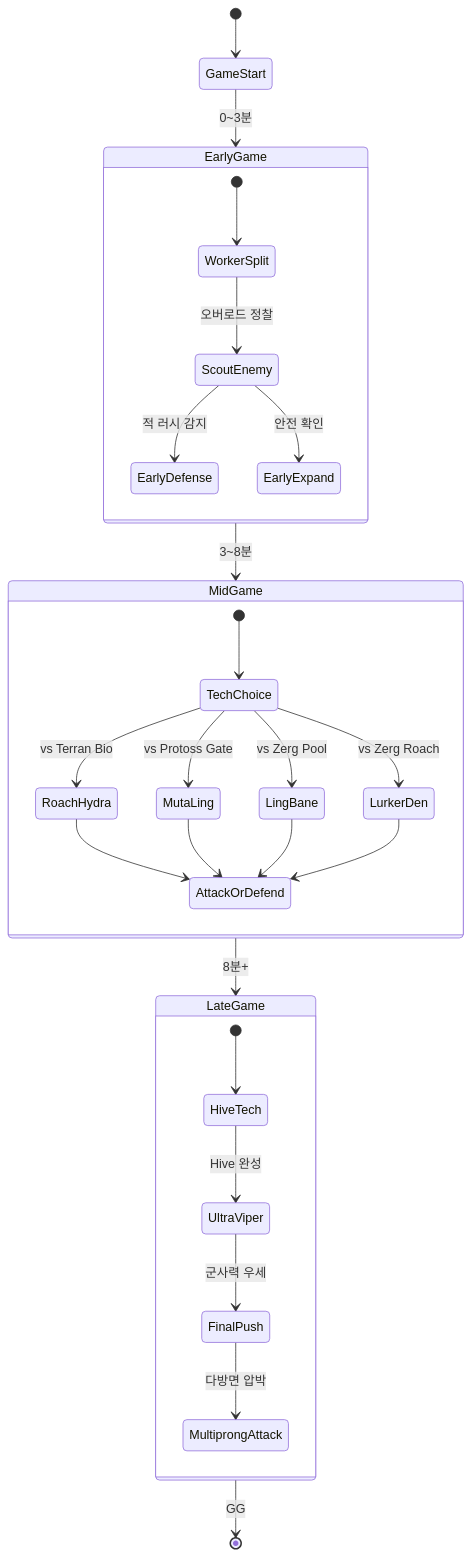
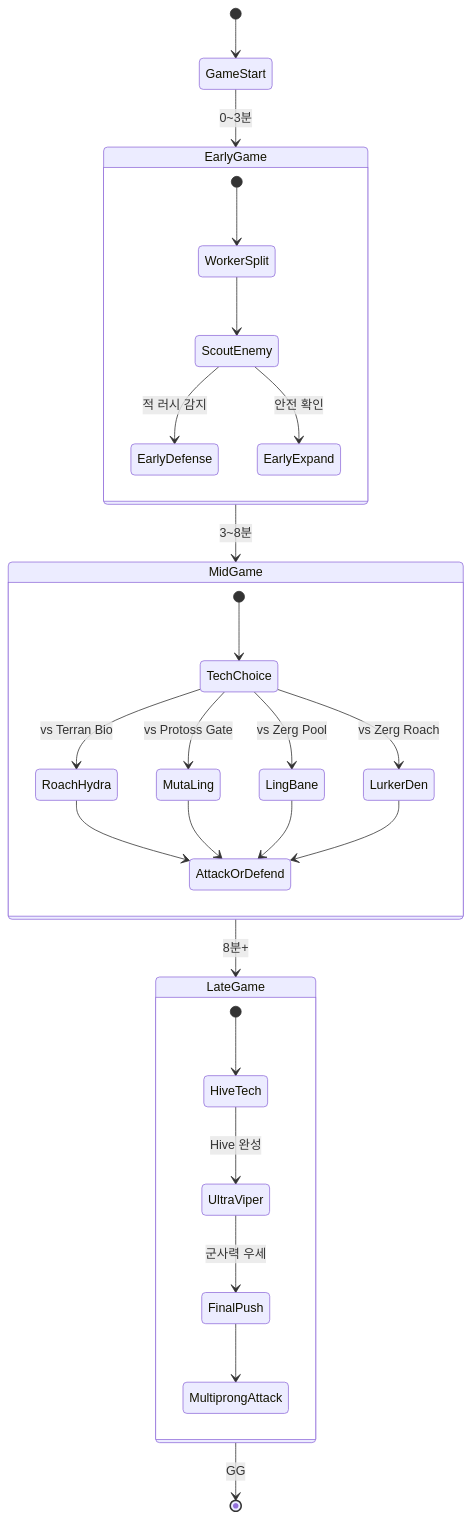
Before and after one commit to sun475300-sudo/Swarm-control-in-sc2bot: the ninth of 26 diagrams in README.md, drawn with Mermaid. The commit also changed other lines of this file, not shown here.

````diff
--- a/README.md
+++ b/README.md
@@ -615,37 +544,37 @@
 ```mermaid
 stateDiagram-v2
     [*] --> GameStart
     GameStart --> EarlyGame: 0~3분
 
     state EarlyGame {
         [*] --> WorkerSplit
-        WorkerSplit --> ScoutEnemy: 오버로드 정찰
+        WorkerSplit --> ScoutEnemy
         ScoutEnemy --> EarlyDefense: 적 러시 감지
         ScoutEnemy --> EarlyExpand: 안전 확인
     }
 
     EarlyGame --> MidGame: 3~8분
 
     state MidGame {
         [*] --> TechChoice
         TechChoice --> RoachHydra: vs Terran Bio
         TechChoice --> MutaLing: vs Protoss Gate
         TechChoice --> LingBane: vs Zerg Pool
         TechChoice --> LurkerDen: vs Zerg Roach
         RoachHydra --> AttackOrDefend
         MutaLing --> AttackOrDefend
         LingBane --> AttackOrDefend
         LurkerDen --> AttackOrDefend
     }
 
     MidGame --> LateGame: 8분+
 
     state LateGame {
         [*] --> HiveTech
         HiveTech --> UltraViper: Hive 완성
         UltraViper --> FinalPush: 군사력 우세
-        FinalPush --> MultiprongAttack: 다방면 압박
+        FinalPush --> MultiprongAttack
     }
 
     LateGame --> [*]: GG
 ```
````
